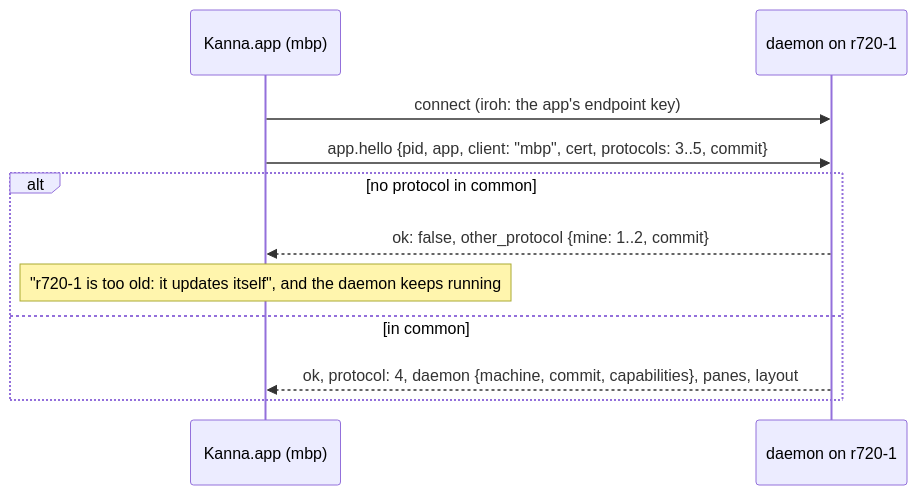
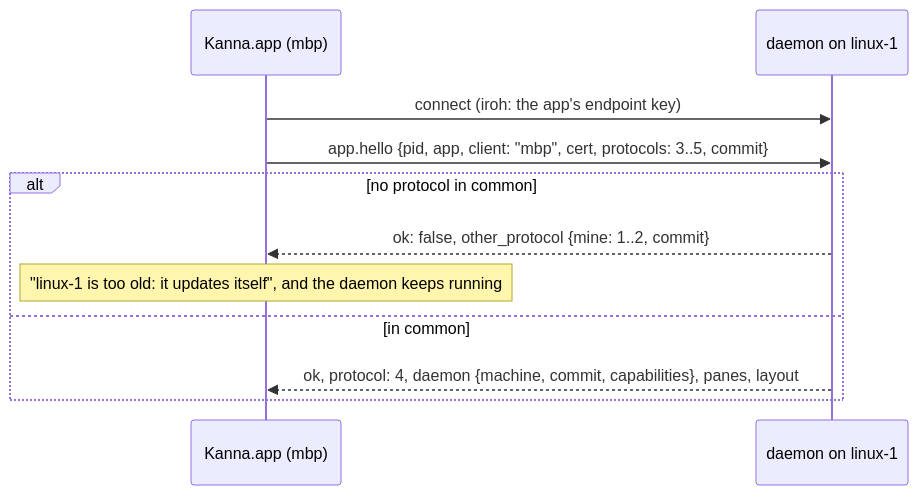
Before and after one commit to tampopogk/kanna: the second of 2 diagrams in docs/specs/fleet.md, drawn with Mermaid. The commit also changed other lines of this file and 12 other files, not shown here.

````diff
--- a/docs/specs/fleet.md
+++ b/docs/specs/fleet.md
@@ -108,13 +95,13 @@
 ```mermaid
 sequenceDiagram
     participant A as Kanna.app (mbp)
-    participant D as daemon on r720-1
+    participant D as daemon on linux-1
     A->>D: connect (iroh: the app's endpoint key)
     A->>D: app.hello {pid, app, client: "mbp", cert, protocols: 3..5, commit}
     alt no protocol in common
         D-->>A: ok: false, other_protocol {mine: 1..2, commit}
-        Note over A: "r720-1 is too old: it updates itself", and the daemon keeps running
+        Note over A: "linux-1 is too old: it updates itself", and the daemon keeps running
     else in common
         D-->>A: ok, protocol: 4, daemon {machine, commit, capabilities}, panes, layout
     end
 ```
````
